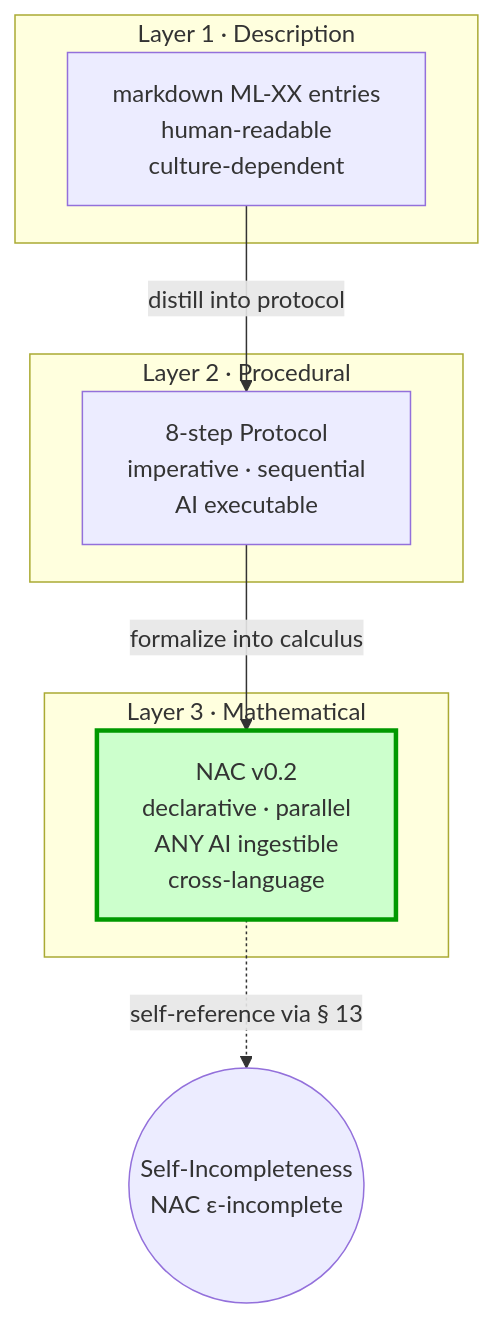
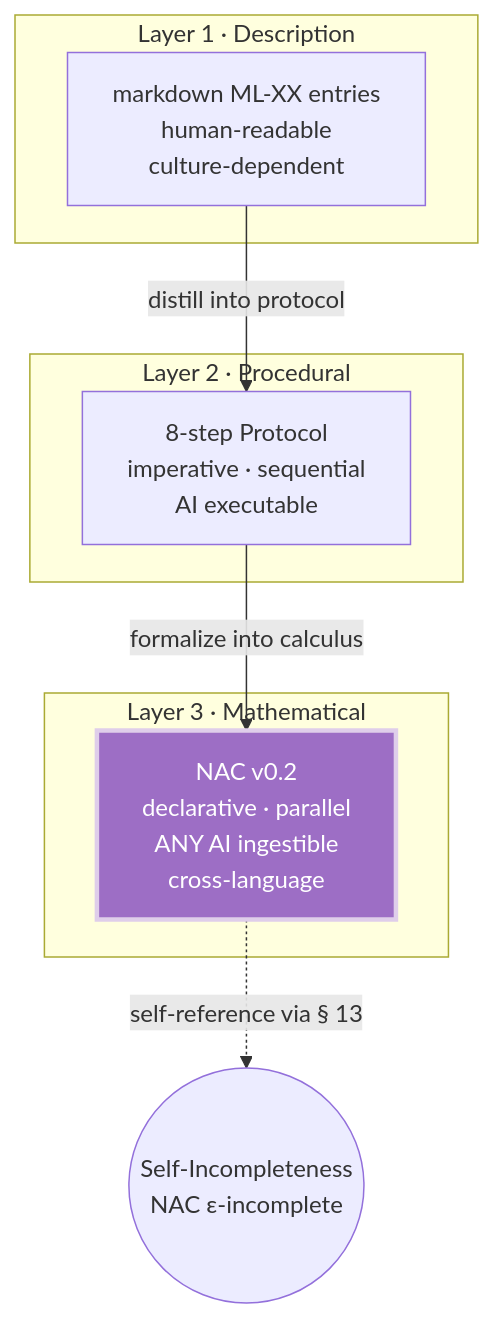
The sixth of 9 diagrams in visuals.md (LostMaxi/nac-architecture-calculus), drawn with Mermaid before and after one commit. The commit also changed other lines of this file, not shown here.

First line of the commit message:
style(visuals): unify 9 classDef colors to 4-tier violet/iris palette

````diff
--- a/visuals.md
+++ b/visuals.md
@@ -191,21 +191,21 @@
 ```mermaid
 graph TB
     subgraph "Layer 1 · Description"
         L1[markdown ML-XX entries<br/>human-readable<br/>culture-dependent]
     end
 
     subgraph "Layer 2 · Procedural"
         L2[8-step Protocol<br/>imperative · sequential<br/>AI executable]
     end
 
     subgraph "Layer 3 · Mathematical"
         L3[NAC v0.2<br/>declarative · parallel<br/>ANY AI ingestible<br/>cross-language]
     end
 
     L1 -->|distill into protocol| L2
     L2 -->|formalize into calculus| L3
     L3 -.->|self-reference via § 13| L3_meta((Self-Incompleteness<br/>NAC ε-incomplete))
 
-    classDef richest fill:#cfc,stroke:#090,stroke-width:3px
+    classDef richest fill:#9d6ec5,stroke:#dfceea,stroke-width:3px,color:#ffffff
     class L3 richest
 ```
````
